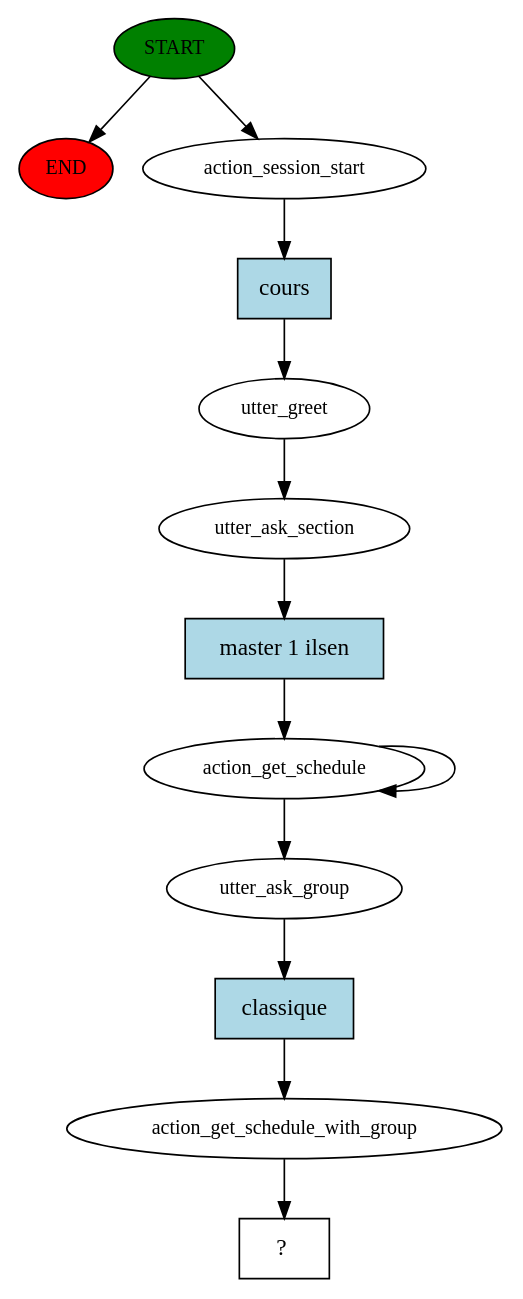
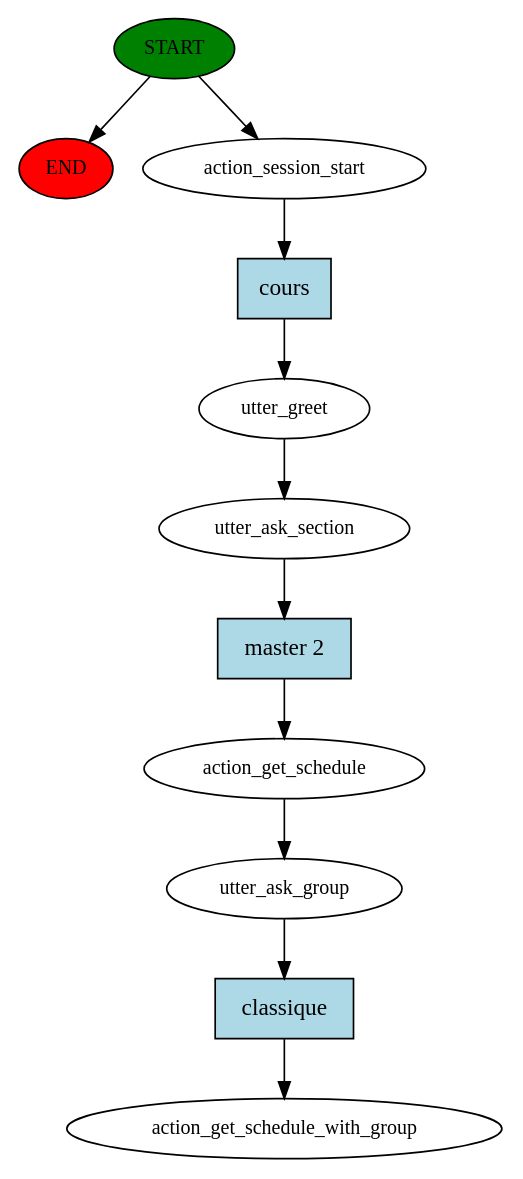
Before and after one commit to AdelChabli/RasaProject: the diagram in story_graph.dot, drawn with Graphviz. The commit also changed 20 other files, not shown here.

```diff
--- a/story_graph.dot
+++ b/story_graph.dot
@@ -1,26 +1,23 @@
 digraph  {
 0 [class="start active", fillcolor=green, fontsize=12, label=START, style=filled];
 "-1" [class=end, fillcolor=red, fontsize=12, label=END, style=filled];
 1 [class=active, fontsize=12, label=action_session_start];
 2 [class=active, fontsize=12, label=utter_greet];
 3 [class=active, fontsize=12, label=utter_ask_section];
 4 [class=active, fontsize=12, label=action_get_schedule];
-6 [class=active, fontsize=12, label=utter_ask_group];
-7 [class=active, fontsize=12, label=action_get_schedule_with_group];
-8 [class="intent dashed active", label="  ?  ", shape=rect];
-9 [class="intent active", fillcolor=lightblue, label=cours, shape=rect, style=filled];
-10 [class="intent active", fillcolor=lightblue, label="master 1 ilsen", shape=rect, style=filled];
-11 [class="intent active", fillcolor=lightblue, label=classique, shape=rect, style=filled];
+5 [class=active, fontsize=12, label=utter_ask_group];
+6 [class="dashed active", fontsize=12, label=action_get_schedule_with_group];
+7 [class="intent active", fillcolor=lightblue, label=cours, shape=rect, style=filled];
+8 [class="intent active", fillcolor=lightblue, label="master 2", shape=rect, style=filled];
+9 [class="intent active", fillcolor=lightblue, label=classique, shape=rect, style=filled];
 0 -> "-1"  [class="", key=NONE, label=""];
 0 -> 1  [class=active, key=NONE, label=""];
-1 -> 9  [class=active, key=0];
+1 -> 7  [class=active, key=0];
 2 -> 3  [class=active, key=NONE, label=""];
-3 -> 10  [class=active, key=0];
-4 -> 6  [class=active, key=NONE, label=""];
-4 -> 4  [class=active, key=NONE, label=""];
-6 -> 11  [class=active, key=0];
-7 -> 8  [class=active, key=NONE, label=""];
-9 -> 2  [class=active, key=0];
-10 -> 4  [class=active, key=0];
-11 -> 7  [class=active, key=0];
+3 -> 8  [class=active, key=0];
+4 -> 5  [class=active, key=NONE, label=""];
+5 -> 9  [class=active, key=0];
+7 -> 2  [class=active, key=0];
+8 -> 4  [class=active, key=0];
+9 -> 6  [class=active, key=0];
 }
```
